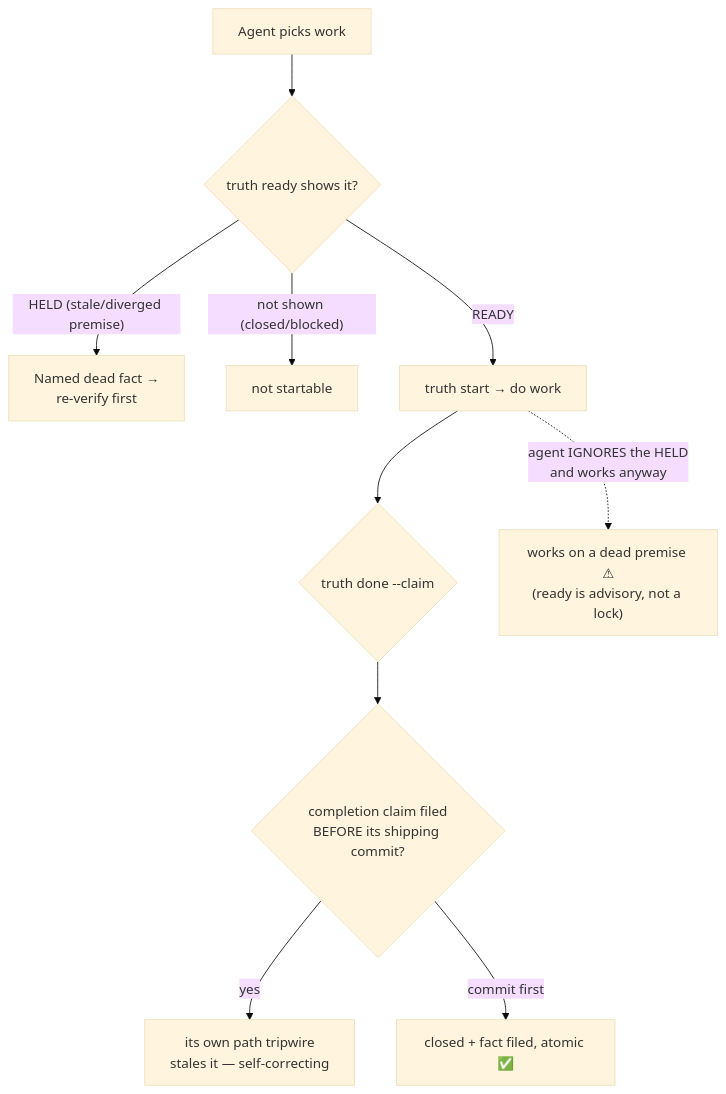
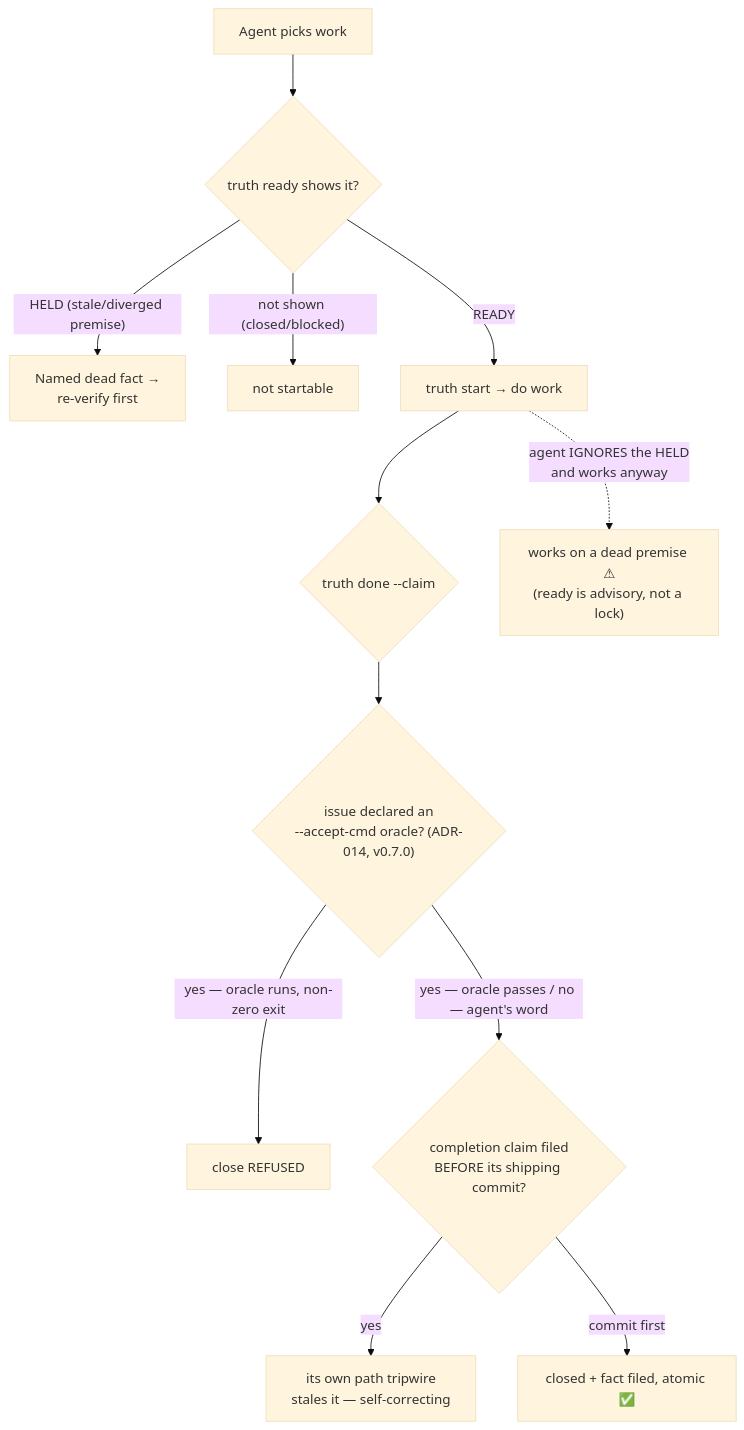
One commit to m1981/truth-ledger changed the third of 5 diagrams in docs/truth-ledger-loophole-map.md. Above: the diagram before and after it, drawn with Mermaid (base theme). The commit also changed other lines of this file and 2 other files, not shown here.

First line of the commit message:
docs: loophole map + operations guide content re-synced v0.6.4/v0.9.0 -> v0.9.13 (roadmap backlog); 5 entries closed/updated, 5 new residuals (ADR-030 reaffirm, hollow-VERIFIED, ADR-028); ops guide gains reaffirm operation + ADR-031 validate semantics

````diff
--- a/docs/truth-ledger-loophole-map.md
+++ b/docs/truth-ledger-loophole-map.md
@@ -68,12 +97,14 @@
 ```mermaid
 flowchart TD
     W["Agent picks work"] --> RD{"truth ready shows it?"}
     RD -->|"HELD (stale/diverged premise)"| H["Named dead fact →<br/>re-verify first"]
     RD -->|"not shown (closed/blocked)"| X["not startable"]
     RD -->|READY| ST["truth start → do work"]
     ST --> DN{"truth done --claim"}
-    DN --> T1{"completion claim filed<br/>BEFORE its shipping commit?"}
+    DN --> AC{"issue declared an<br/>--accept-cmd oracle? (ADR-014, v0.7.0)"}
+    AC -->|"yes — oracle runs, non-zero exit"| REF2["close REFUSED"]
+    AC -->|"yes — oracle passes / no — agent's word"| T1{"completion claim filed<br/>BEFORE its shipping commit?"}
     T1 -->|yes| TRIP["its own path tripwire<br/>stales it — self-correcting"]
     T1 -->|"commit first"| OK["closed + fact filed, atomic ✅"]
     ST -.->|"agent IGNORES the HELD<br/>and works anyway"| RISK["works on a dead premise ⚠<br/>(ready is advisory, not a lock)"]
 ```
````
